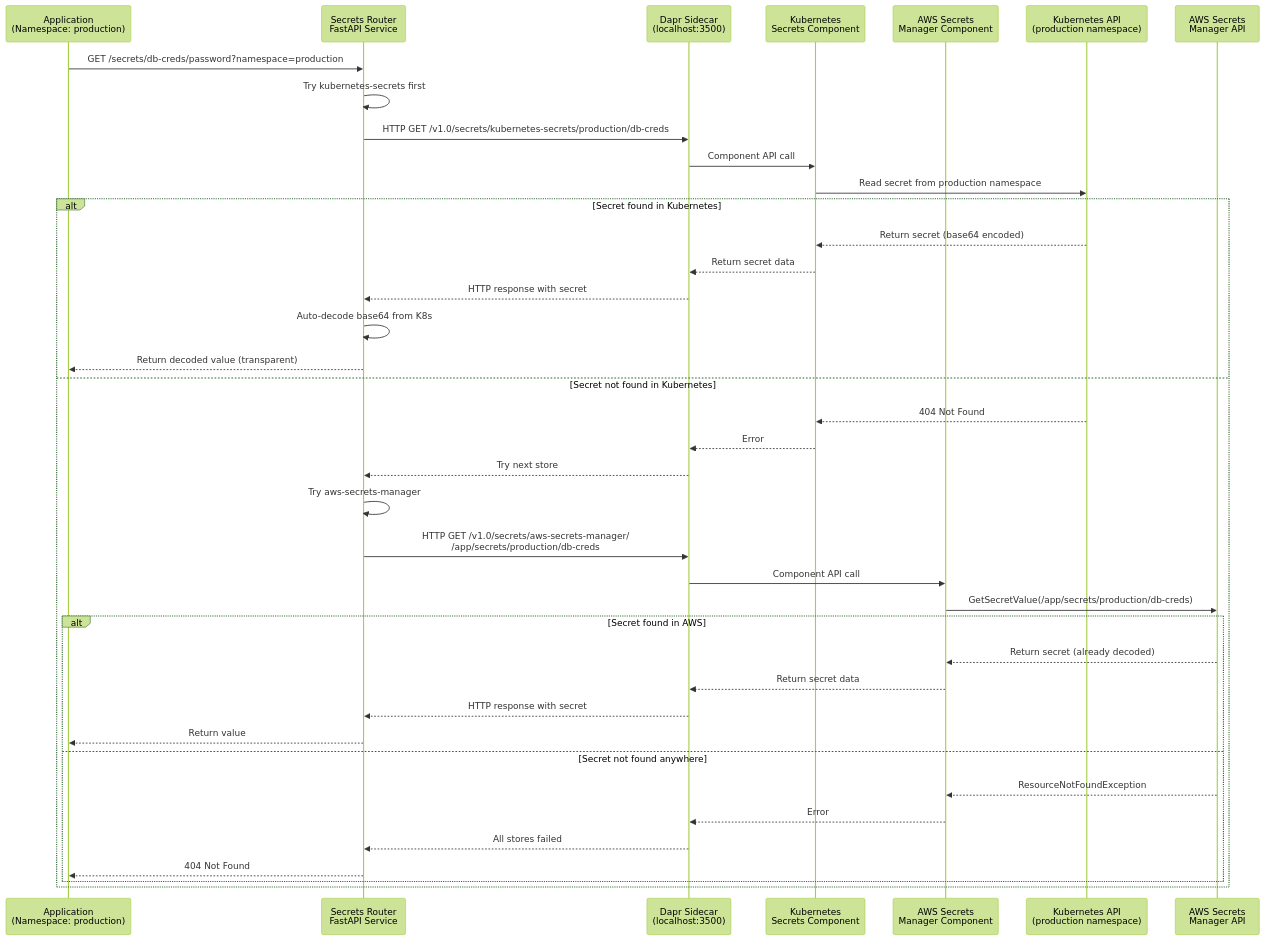
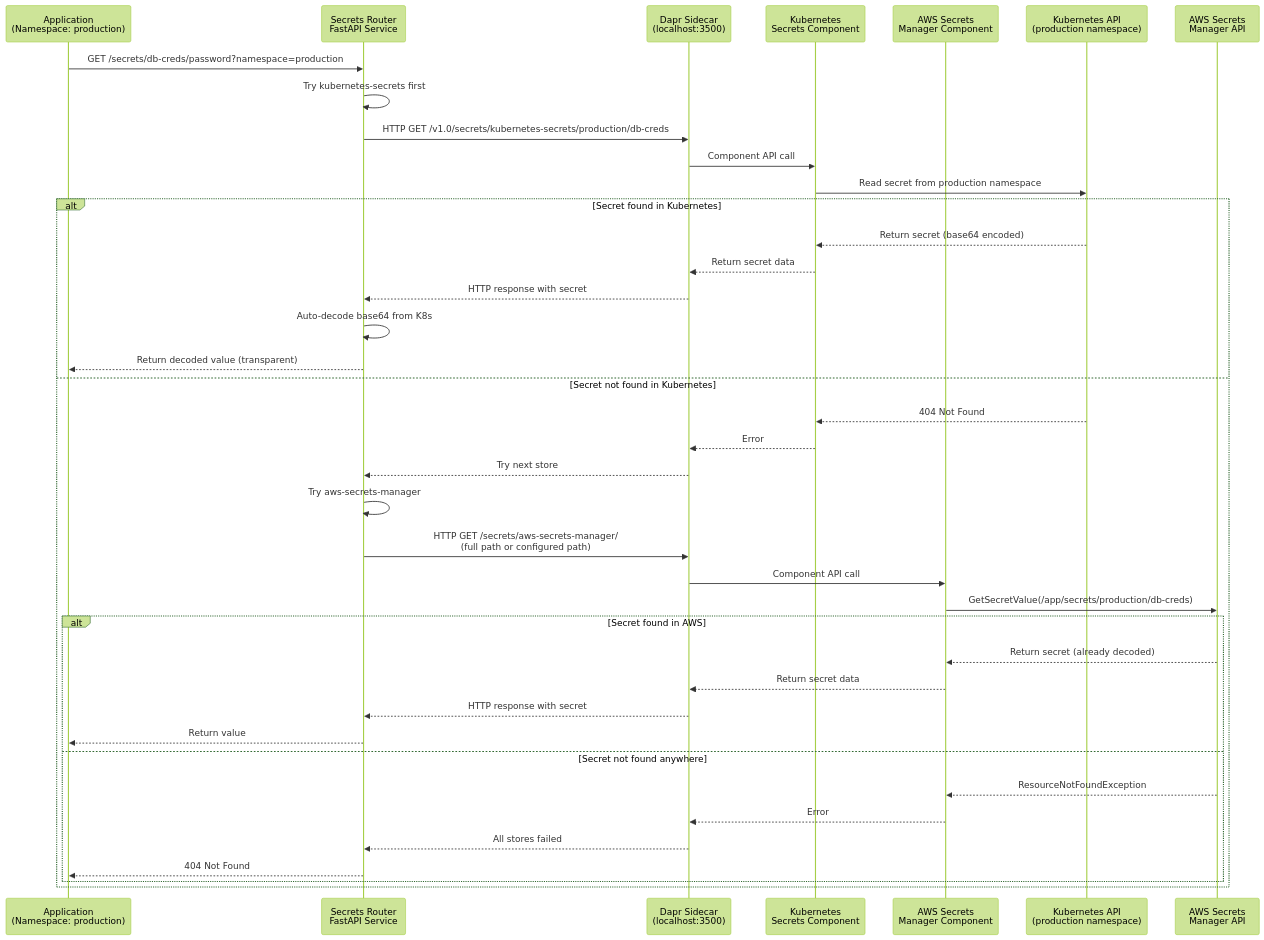
The second of 3 diagrams in DAPR_INTEGRATION.md (caretak3r/secrets-router), drawn with Mermaid (forest theme) before and after one commit. The commit also changed 18 other files, not shown here.

````diff
--- a/DAPR_INTEGRATION.md
+++ b/DAPR_INTEGRATION.md
@@ -88,46 +88,46 @@
 ```mermaid
 sequenceDiagram
     participant App as Application<br/>(Namespace: production)
     participant Router as Secrets Router<br/>FastAPI Service
     participant Sidecar as Dapr Sidecar<br/>(localhost:3500)
     participant K8SComp as Kubernetes<br/>Secrets Component
     participant AWSComp as AWS Secrets<br/>Manager Component
     participant K8SAPI as Kubernetes API<br/>(production namespace)
     participant AWSAPI as AWS Secrets<br/>Manager API
     
     App->>Router: GET /secrets/db-creds/password?namespace=production
     Router->>Router: Try kubernetes-secrets first
     
     Router->>Sidecar: HTTP GET /v1.0/secrets/kubernetes-secrets/production/db-creds
     Sidecar->>K8SComp: Component API call
     K8SComp->>K8SAPI: Read secret from production namespace
     
     alt Secret found in Kubernetes
         K8SAPI-->>K8SComp: Return secret (base64 encoded)
         K8SComp-->>Sidecar: Return secret data
         Sidecar-->>Router: HTTP response with secret
         Router->>Router: Auto-decode base64 from K8s
         Router-->>App: Return decoded value (transparent)
     else Secret not found in Kubernetes
         K8SAPI-->>K8SComp: 404 Not Found
         K8SComp-->>Sidecar: Error
         Sidecar-->>Router: Try next store
         
         Router->>Router: Try aws-secrets-manager
-        Router->>Sidecar: HTTP GET /v1.0/secrets/aws-secrets-manager/<br/>/app/secrets/production/db-creds
+        Router->>Sidecar: HTTP GET /secrets/aws-secrets-manager/<br/>(full path or configured path)
         Sidecar->>AWSComp: Component API call
         AWSComp->>AWSAPI: GetSecretValue(/app/secrets/production/db-creds)
         
         alt Secret found in AWS
             AWSAPI-->>AWSComp: Return secret (already decoded)
             AWSComp-->>Sidecar: Return secret data
             Sidecar-->>Router: HTTP response with secret
             Router-->>App: Return value
         else Secret not found anywhere
             AWSAPI-->>AWSComp: ResourceNotFoundException
             AWSComp-->>Sidecar: Error
             Sidecar-->>Router: All stores failed
             Router-->>App: 404 Not Found
         end
     end
 ```
````
